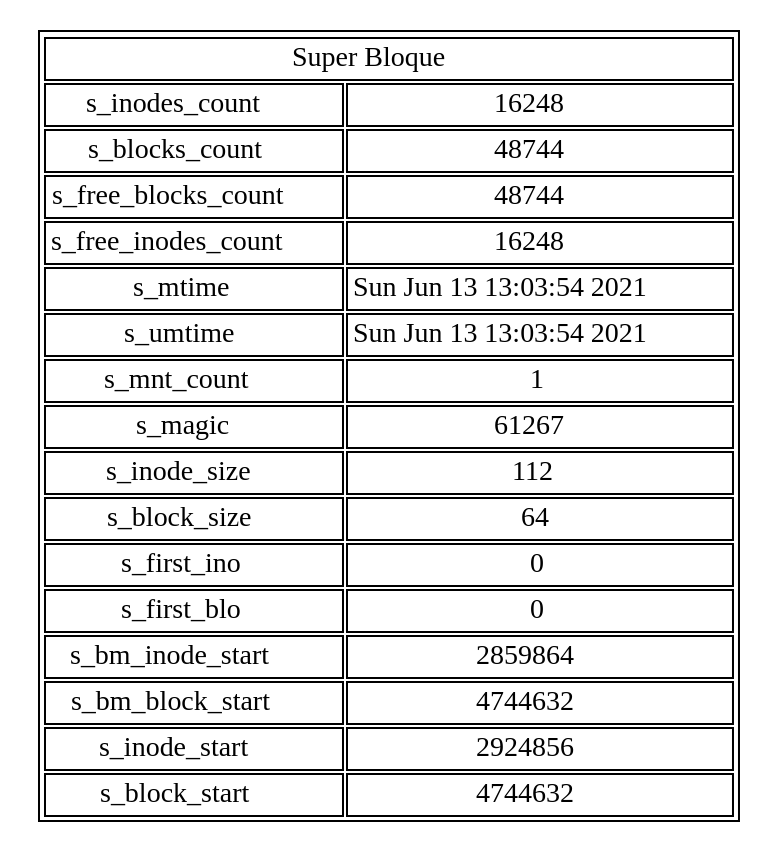
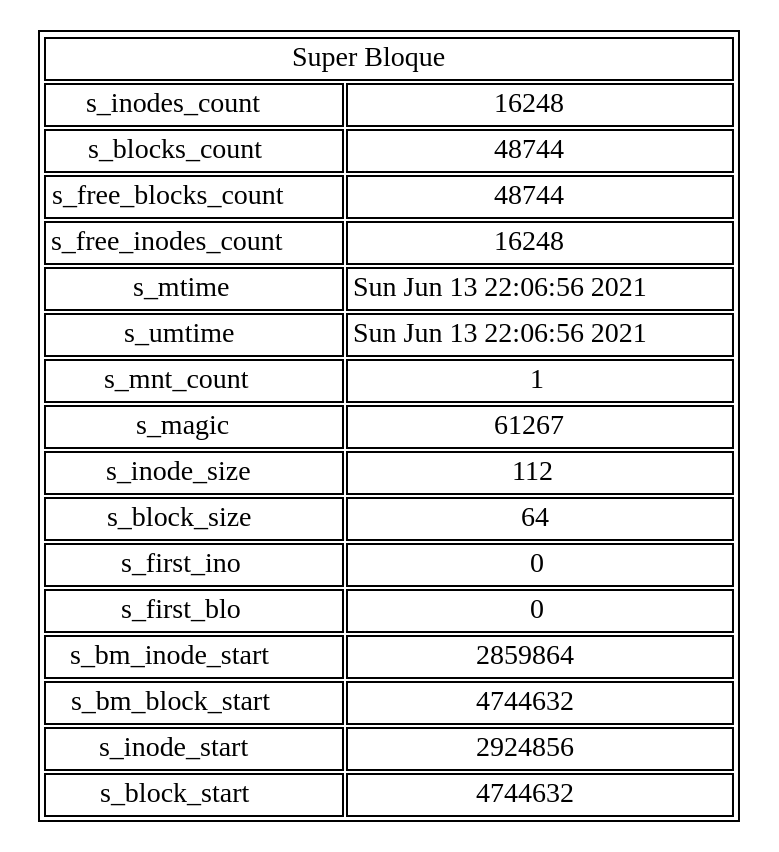
Before and after one commit to Audrie8a/MIA_P1_201801263: the diagram in sb.dot, drawn with Graphviz. The commit also changed 4 other files, not shown here.

```diff
--- a/sb.dot
+++ b/sb.dot
@@ -1,75 +1,75 @@
 digraph g{
 	     nodo [ shape=plaintext label=<
 	 	        <table border='1' cellborder='1'>
 	 	 	            <tr>
 	 	 	 	               <td colspan="2" >Super Bloque</td>
 	 	 	            </tr>
 	 	 	            <tr>
 	 	 	 	               <td>s_inodes_count</td>
 	 	 	 	               <td>16248</td>
 	 	 	            </tr>
 	 	 	            <tr>
 	 	 	 	               <td>s_blocks_count</td>
 	 	 	 	               <td>48744</td>
 	 	 	            </tr>
 	 	 	            <tr>
 	 	 	 	               <td>s_free_blocks_count</td>
 	 	 	 	               <td>48744</td>
 	 	 	            </tr>
 	 	 	            <tr>
 	 	 	 	                <td>s_free_inodes_count</td>
 	 	 	 	                <td>16248</td>
 	 	 	            </tr>
 	 	 	            <tr>
 	 	 	 	                <td>s_mtime</td>
-	 	 	 	                <td>Sun Jun 13 13:03:54 2021
+	 	 	 	                <td>Sun Jun 13 22:06:56 2021
 </td>
 	 	 	            </tr>
 	 	 	            <tr>
 	 	 	 	                <td>s_umtime</td>
-	 	 	 	                <td>Sun Jun 13 13:03:54 2021
+	 	 	 	                <td>Sun Jun 13 22:06:56 2021
 </td>
 	 	 	            </tr>
 	 	 	            <tr>
 	 	 	 	                <td>s_mnt_count</td>
 	 	 	 	                <td>1</td>
 	 	 	            </tr>
 	 	 	            <tr>
 	 	 	 	                <td>s_magic</td>
 	 	 	 	                <td>61267</td>
 	 	 	            </tr>
 	 	 	            <tr>
 	 	 	 	                <td>s_inode_size</td>
 	 	 	 	                <td>112</td>
 	 	 	            </tr>
 	 	 	            <tr>
 	 	 	 	                <td>s_block_size</td>
 	 	 	 	                <td>64</td>
 	 	 	            </tr>
 	 	 	            <tr>
 	 	 	 	                <td>s_first_ino</td>
 	 	 	 	                <td>0</td>
 	 	 	            </tr>
 	 	 	            <tr>
 	 	 	 	                <td>s_first_blo</td>
 	 	 	 	                <td>0</td>
 	 	 	            </tr>
 	 	 	            <tr>
 	 	 	 	                <td>s_bm_inode_start</td>
 	 	 	 	                <td>2859864</td>
 	 	 	            </tr>
 	 	 	            <tr>
 	 	 	 	                <td>s_bm_block_start</td>
 	 	 	 	                <td>4744632</td>
 	 	 	            </tr>
 	 	 	            <tr>
 	 	 	 	                <td>s_inode_start</td>
 	 	 	 	                <td>2924856</td>
 	 	 	            </tr>
 	 	 	            <tr>
 	 	 	 	                <td>s_block_start</td>
 	 	 	 	                <td>4744632</td>
 	 	 	            </tr>
 	 	        </table>
 	     >];
 }
```
